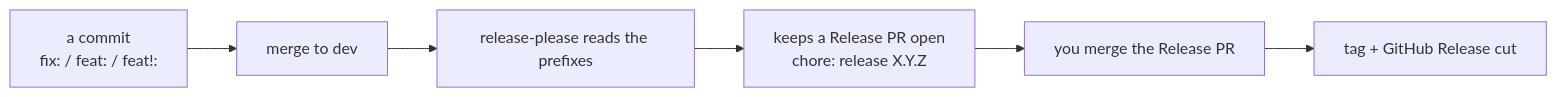
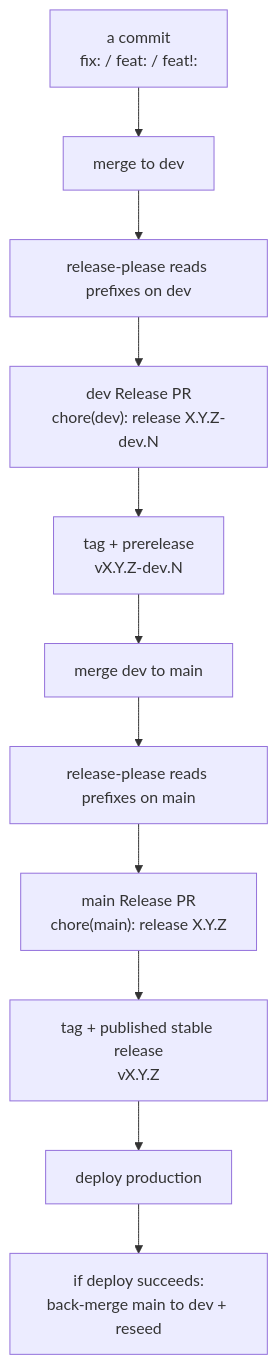
One commit to nikunjmavani/core-be changed the diagram in docs/process/release-versioning.md. Above: the diagram before and after it, drawn with Mermaid. The commit also changed other lines of this file and 8 other files, not shown here.

Commit message:
fix(ci): correct release-please flow

````diff
--- a/docs/process/release-versioning.md
+++ b/docs/process/release-versioning.md
@@ -47,8 +47,13 @@
 ```mermaid
-flowchart LR
+flowchart TB
   commit["a commit<br/>fix: / feat: / feat!:"] --> dev[merge to dev]
-  dev --> rp[release-please reads the prefixes]
-  rp --> pr["keeps a Release PR open<br/>chore: release X.Y.Z"]
-  pr --> merge[you merge the Release PR]
-  merge --> rel["tag + GitHub Release cut"]
+  dev --> devRp[release-please reads prefixes on dev]
+  devRp --> devPr["dev Release PR<br/>chore(dev): release X.Y.Z-dev.N"]
+  devPr --> devRel["tag + prerelease<br/>vX.Y.Z-dev.N"]
+  devRel --> promote[merge dev to main]
+  promote --> mainRp[release-please reads prefixes on main]
+  mainRp --> mainPr["main Release PR<br/>chore(main): release X.Y.Z"]
+  mainPr --> mainRel["tag + published stable release<br/>vX.Y.Z"]
+  mainRel --> deploy[deploy production]
+  deploy --> backmerge["if deploy succeeds:<br/>back-merge main to dev + reseed"]
 ```
````
